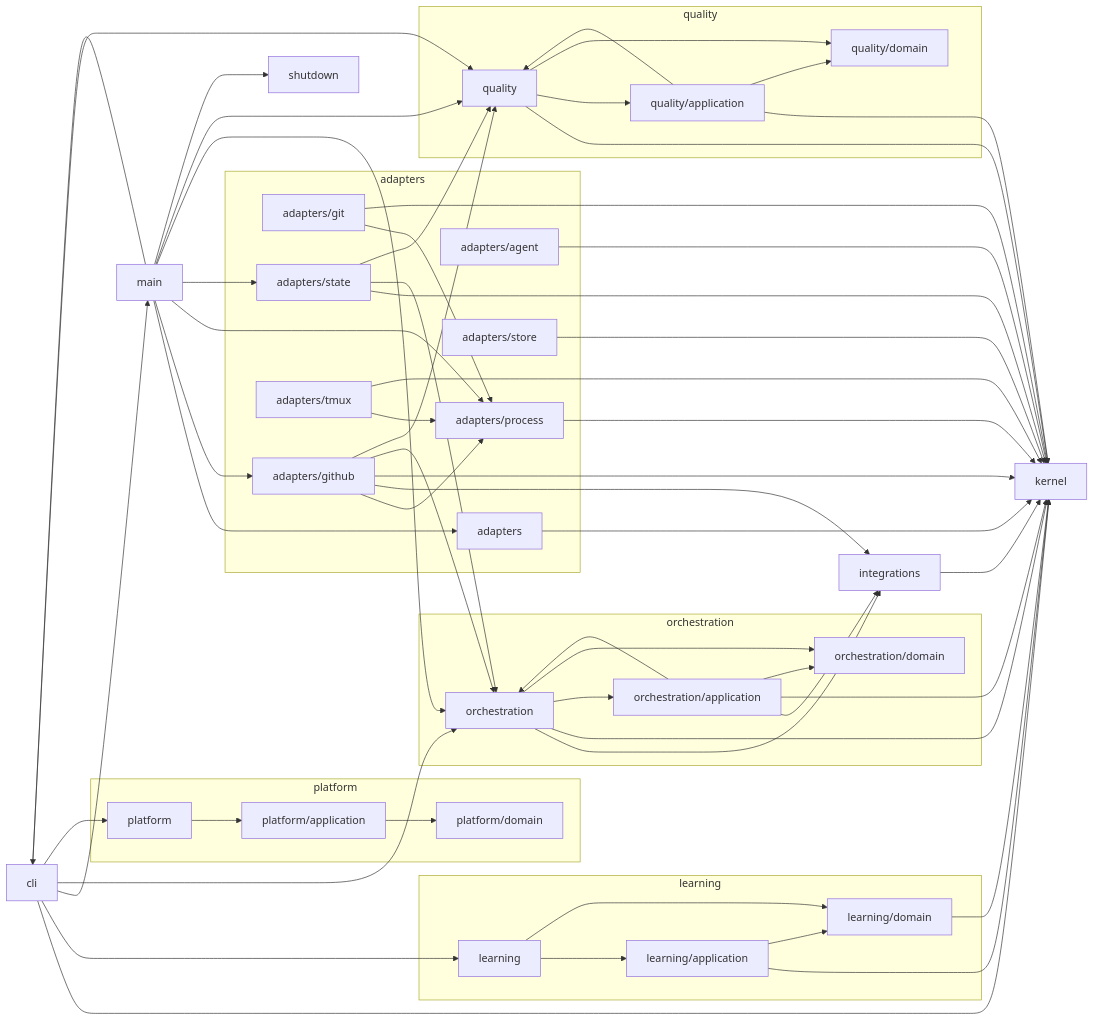
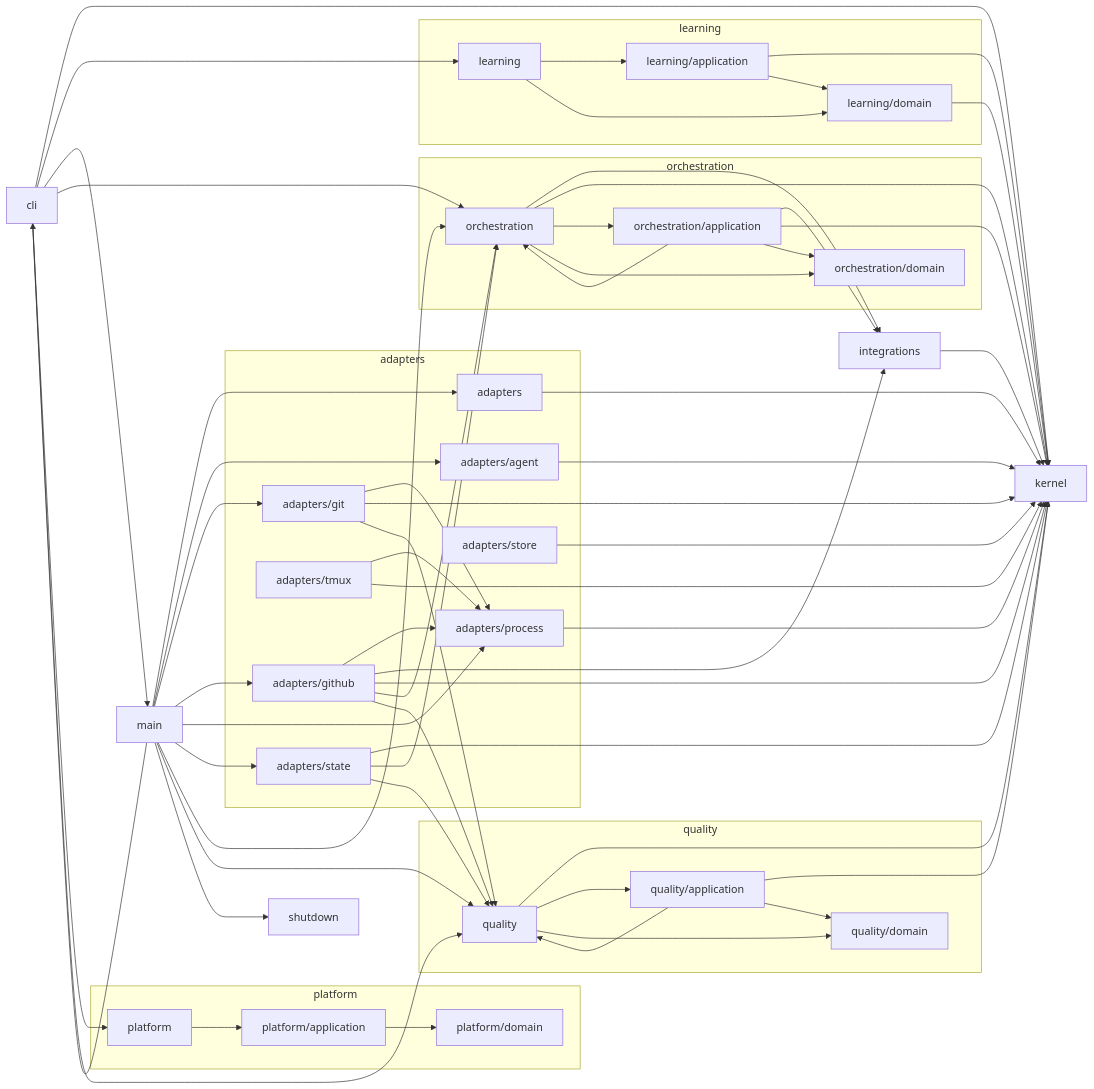
The diagram in docs/reference/dependency-graph.md (sethdford/shipwright), drawn with Mermaid before and after one commit. The commit also changed 40 other files, not shown here.

```diff
--- a/docs/reference/dependency-graph.md
+++ b/docs/reference/dependency-graph.md
@@ -46,6 +46,7 @@
   adapters_agent --> kernel
   adapters_git --> adapters_process
   adapters_git --> kernel
+  adapters_git --> quality
   adapters_github --> adapters_process
   adapters_github --> integrations
   adapters_github --> kernel
@@ -71,6 +72,8 @@
   learning_application --> learning_domain
   learning_domain --> kernel
   main --> adapters
+  main --> adapters_agent
+  main --> adapters_git
   main --> adapters_github
   main --> adapters_process
   main --> adapters_state
```
